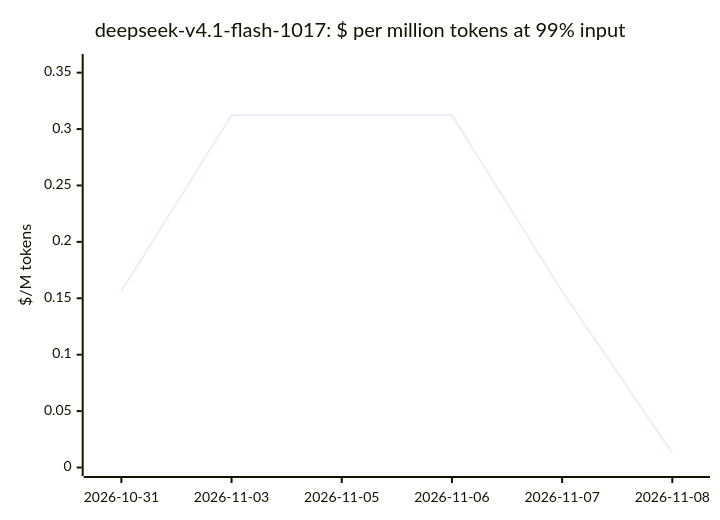
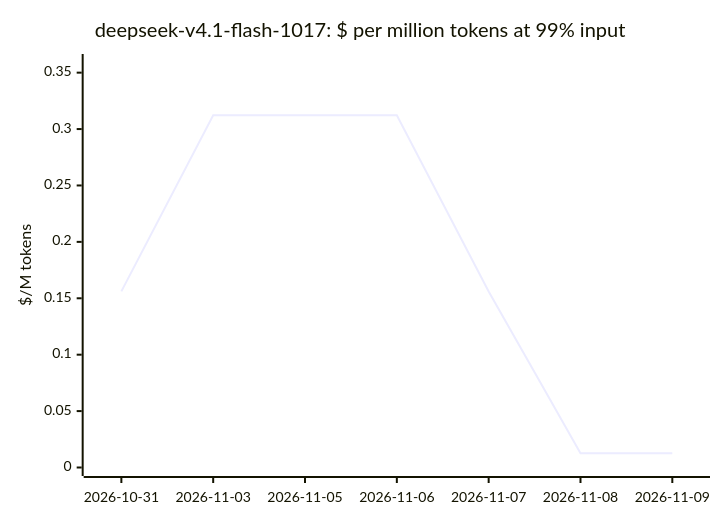
Before and after one commit to cklukas/OMEGA_TRANSFORM: the sixth of 20 diagrams in docs/openrouter-models.md, drawn with Mermaid. The commit also changed other lines of this file and 47 other files, not shown here.

````diff
--- a/docs/openrouter-models.md
+++ b/docs/openrouter-models.md
@@ -186,7 +186,7 @@
 ```mermaid
 xychart-beta
     title "deepseek-v4.1-flash-1017: $ per million tokens at 99% input"
-    x-axis ["2026-10-31", "2026-11-03", "2026-11-05", "2026-11-06", "2026-11-07", "2026-11-08"]
+    x-axis ["2026-10-31", "2026-11-03", "2026-11-05", "2026-11-06", "2026-11-07", "2026-11-08", "2026-11-09"]
     y-axis "$/M tokens" 0 --> 0.359
-    line [0.1562, 0.3123, 0.3123, 0.3123, 0.1562, 0.01278]
+    line [0.1561, 0.3122, 0.3122, 0.3122, 0.1561, 0.01272, 0.01272]
 ```
````
